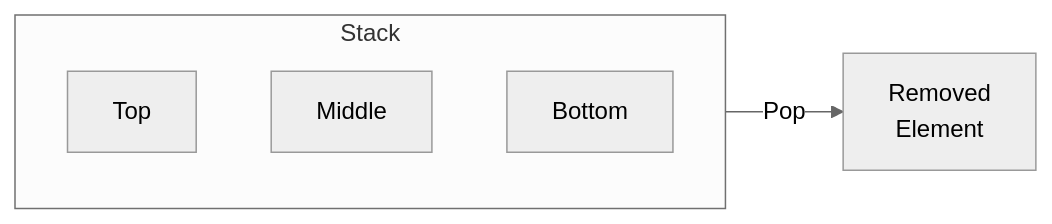
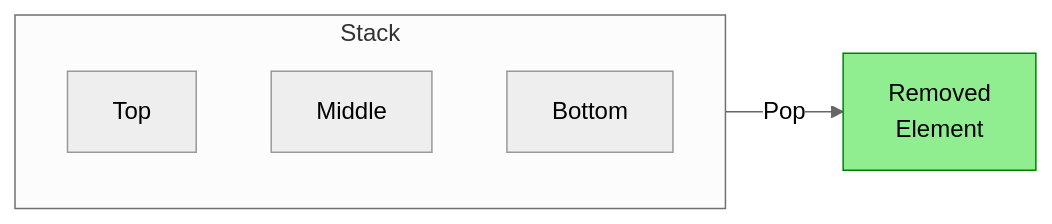
The diagram in Sessions/Session_08/Diagrams/Mermaid/stack_pop.mmd (ghackenberg/course-python-programming), drawn with Mermaid (neutral theme) before and after one commit. The commit also changed 41 other files, not shown here.

Commit message:
style(session-08): update diagrams and images for session 08

```diff
--- a/Sessions/Session_08/Diagrams/Mermaid/stack_pop.mmd
+++ b/Sessions/Session_08/Diagrams/Mermaid/stack_pop.mmd
@@ -1,8 +1,10 @@
 graph LR
     B[Top] -- Pop --> E[Removed<br/>Element]
     subgraph Stack
     direction TB
     B
     C[Middle]
     D[Bottom]
     end
+
+    style E fill:lightgreen,stroke:green
```
